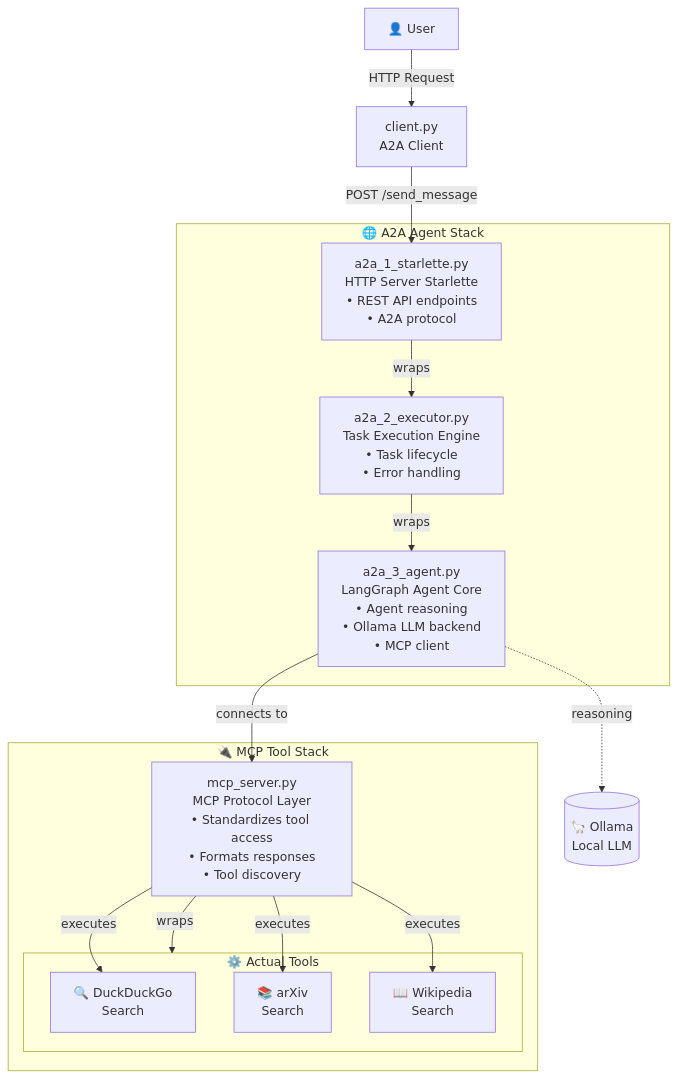
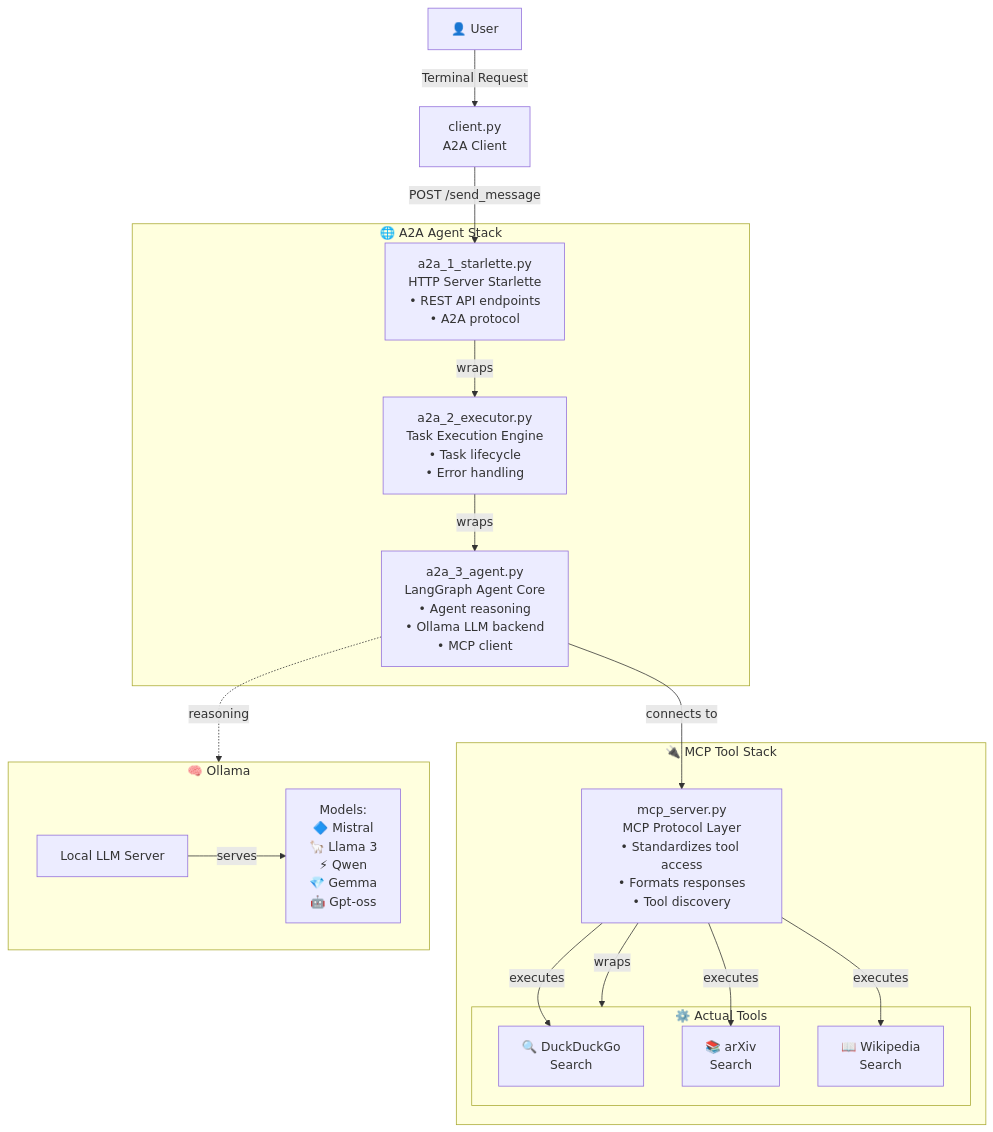
One commit to JuanMaParraU/a2a-mcp-langgraph-agent-local changed the diagram in README.md. Above: the diagram before and after it, drawn with Mermaid.

Commit message:
Update README.md
Updated architecture diagram to include Ollama and its models.

````diff
--- a/README.md
+++ b/README.md
@@ -141,29 +141,39 @@
 ```mermaid
+---
+config:
+  theme: mc
+---
 graph TB
     User[👤 User]
     Client[client.py<br/>A2A Client]
      subgraph A2A_Stack["🌐 A2A Agent Stack"]
         Starlette[a2a_1_starlette.py<br/>HTTP Server Starlette<br/>• REST API endpoints<br/>• A2A protocol]
         Executor[a2a_2_executor.py<br/>Task Execution Engine<br/>• Task lifecycle<br/>• Error handling]
         Agent[a2a_3_agent.py<br/>LangGraph Agent Core<br/>• Agent reasoning<br/>• Ollama LLM backend<br/>• MCP client]
     end
      subgraph MCP_Stack["🔌 MCP Tool Stack"]
         MCP[mcp_server.py<br/>MCP Protocol Layer<br/>• Standardizes tool access<br/>• Formats responses<br/>• Tool discovery]
          subgraph Tools["⚙️ Actual Tools"]
             DDG[🔍 DuckDuckGo<br/>Search]
             ArXiv[📚 arXiv<br/>Search]
             Wiki[📖 Wikipedia<br/>Search]
         end
     end
-     Ollama[(🦙 Ollama<br/>Local LLM)]
-     User -->|HTTP Request| Client
+    subgraph Ollama["🧠 Ollama"]
+        LLM[Local LLM Server]
+        Models["Models:<br/>🔷 Mistral<br/>🦙 Llama 3<br/>⚡ Qwen<br/>💎 Gemma<br/>🤖 Gpt-oss"]
+    end
+     Ollama[(Ollama<br/>Local LLM)]
+     LLM -->|serves|Models
+     User -->|Terminal Request| Client
      Client -->|POST /send_message| Starlette
      Starlette -->|wraps| Executor
      Executor -->|wraps| Agent
      Agent -->|connects to| MCP
      Agent -.->|reasoning| Ollama
      MCP -->|wraps| Tools
      MCP -->|executes| DDG
      MCP -->|executes| ArXiv
      MCP -->|executes| Wiki
+
 ```
````
